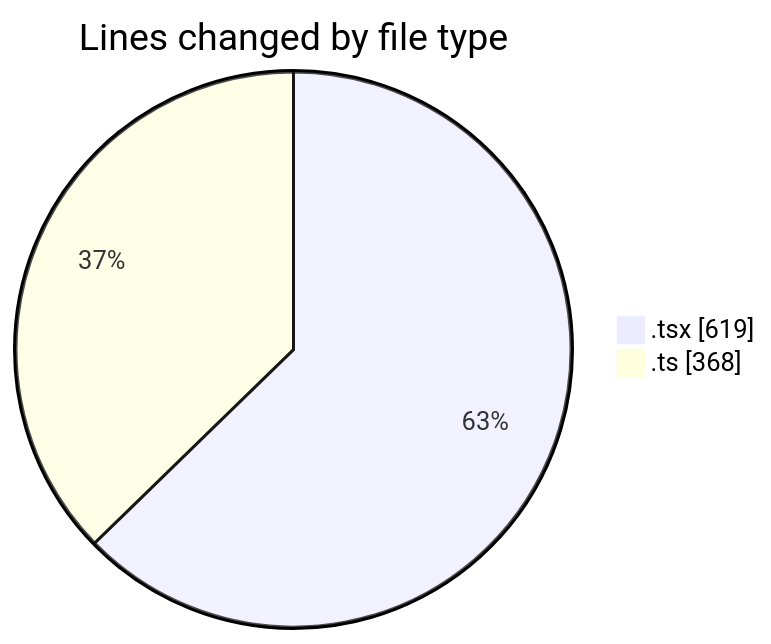
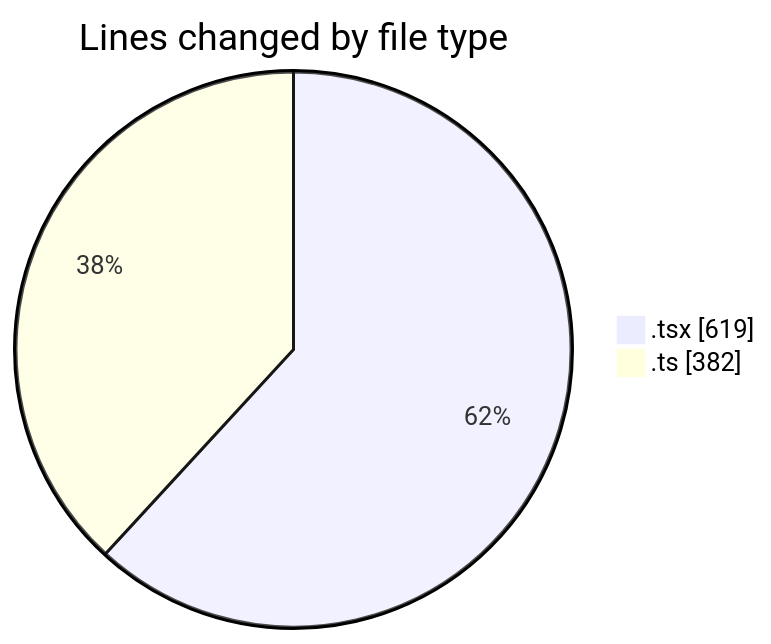
The first of 2 diagrams in 2025-03-17/audiobooks-web/README.md (robertbonfada/code-tracking), drawn with Mermaid before and after one commit. The commit also changed other lines of this file and 1 other file, not shown here.

````diff
--- a/2025-03-17/audiobooks-web/README.md
+++ b/2025-03-17/audiobooks-web/README.md
@@ -27,6 +27,6 @@
 ```mermaid
 pie showData
 title Lines changed by file type
 ".tsx" : 619
-".ts" : 368
+".ts" : 382
 ```
````
